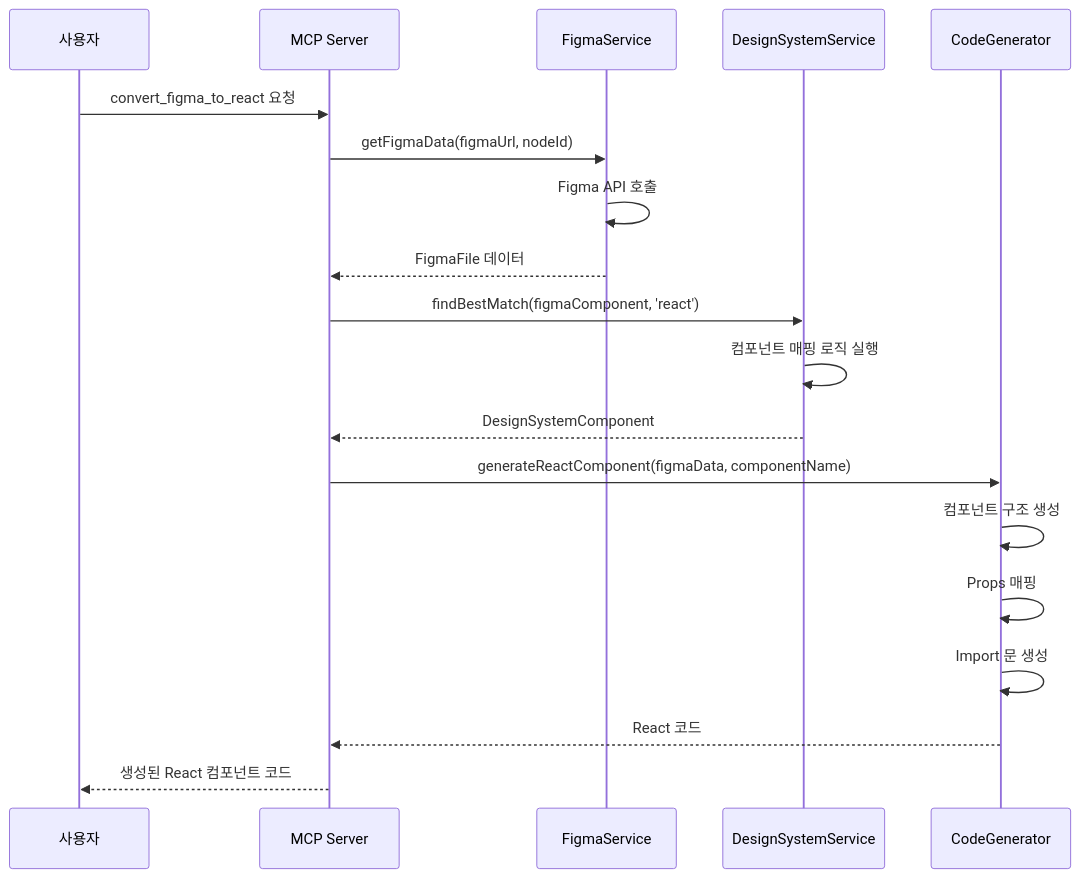
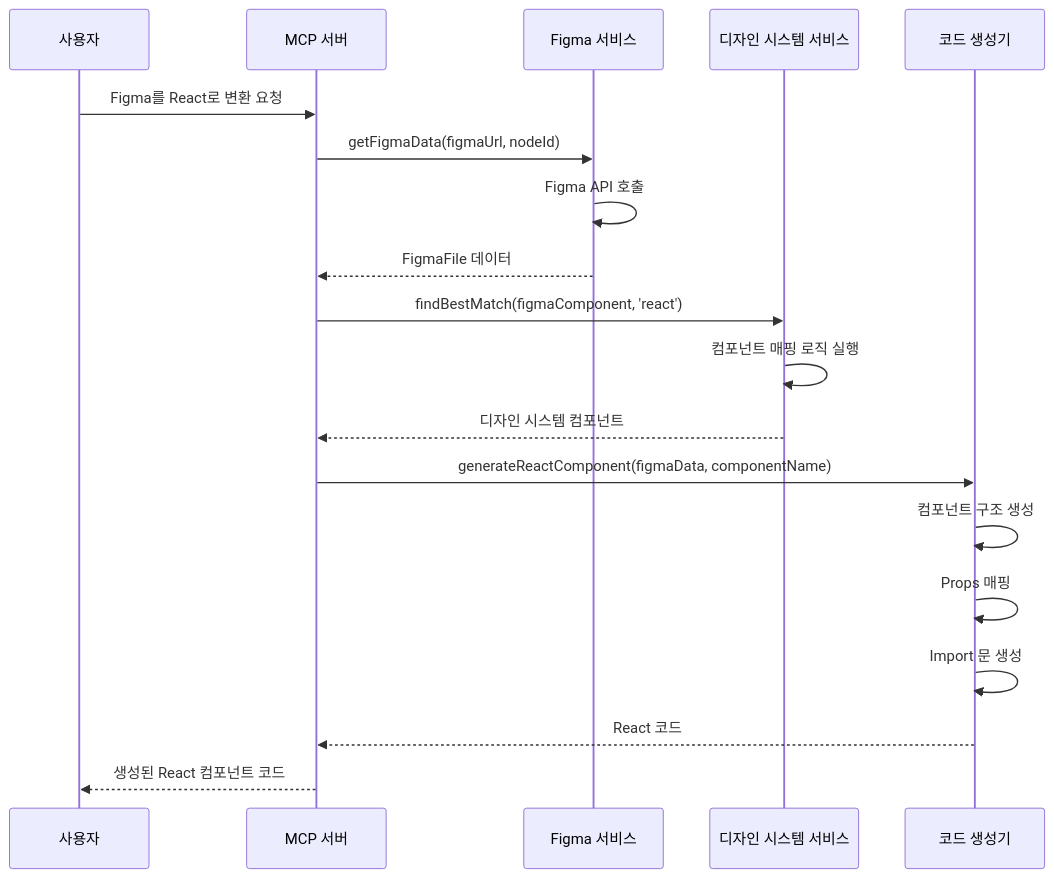
Before and after one commit to Opti-kjh/palette: the seventh of 8 diagrams in project-flow-diagram.md, drawn with Mermaid. The commit also changed other lines of this file and 2 other files, not shown here.

Commit message:
project-flow-diagram 주석 설치

````diff
--- a/project-flow-diagram.md
+++ b/project-flow-diagram.md
@@ -206,25 +206,25 @@
 ```mermaid
 sequenceDiagram
     participant U as 사용자
-    participant M as MCP Server
-    participant F as FigmaService
-    participant D as DesignSystemService
-    participant C as CodeGenerator
+    participant M as MCP 서버
+    participant F as Figma 서비스
+    participant D as 디자인 시스템 서비스
+    participant C as 코드 생성기
     
-    U->>M: convert_figma_to_react 요청
+    U->>M: Figma를 React로 변환 요청
     M->>F: getFigmaData(figmaUrl, nodeId)
     F->>F: Figma API 호출
     F-->>M: FigmaFile 데이터
     
     M->>D: findBestMatch(figmaComponent, 'react')
     D->>D: 컴포넌트 매핑 로직 실행
-    D-->>M: DesignSystemComponent
+    D-->>M: 디자인 시스템 컴포넌트
     
     M->>C: generateReactComponent(figmaData, componentName)
     C->>C: 컴포넌트 구조 생성
     C->>C: Props 매핑
     C->>C: Import 문 생성
     C-->>M: React 코드
     
     M-->>U: 생성된 React 컴포넌트 코드
 ```
````
